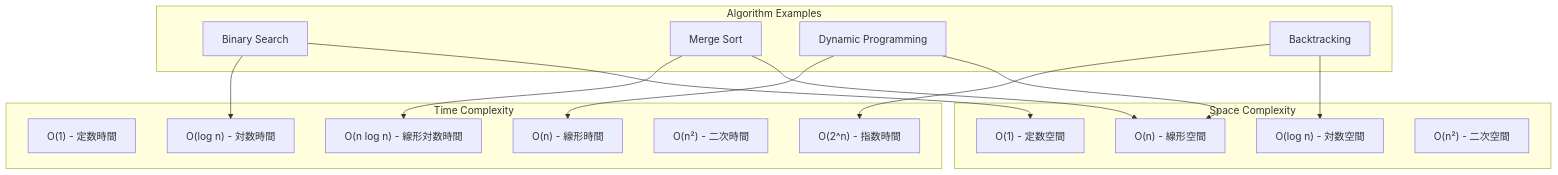
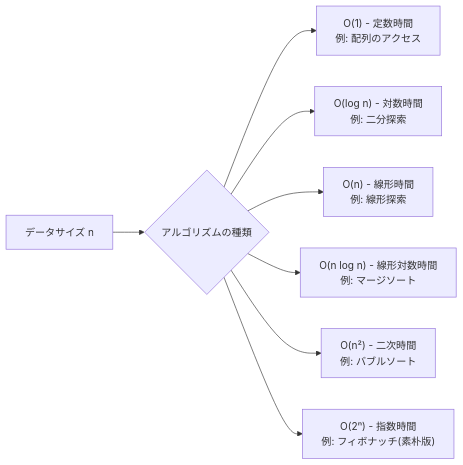
Before and after one commit to myoshi2891/Algorithm-DataStructures-Math-SQL: the seventh of 11 diagrams in README.md, drawn with Mermaid. The commit also changed other lines of this file, not shown here.

````diff
--- a/README.md
+++ b/README.md
@@ -254,32 +212,10 @@
 ```mermaid
-graph TD
-    subgraph "Time Complexity"
-    TC1["O(1) - 定数時間"]
-    TC2["O(log n) - 対数時間"]
-    TC3["O(n) - 線形時間"]
-    TC4["O(n log n) - 線形対数時間"]
-    TC5["O(n²) - 二次時間"]
-    TC6["O(2^n) - 指数時間"]
-    end
-    
-    subgraph "Space Complexity"
-    SC1["O(1) - 定数空間"]
-    SC2["O(log n) - 対数空間"]
-    SC3["O(n) - 線形空間"]
-    SC4["O(n²) - 二次空間"]
-    end
-    
-    subgraph "Algorithm Examples"
-    ALG1["Binary Search"] --> TC2
-    ALG1 --> SC1
-    
-    ALG2["Merge Sort"] --> TC4
-    ALG2 --> SC3
-    
-    ALG3["Dynamic Programming"] --> TC3
-    ALG3 --> SC3
-    
-    ALG4["Backtracking"] --> TC6
-    ALG4 --> SC2
-    end
+graph LR
+    A[データサイズ n] --> B{アルゴリズムの種類}
+    B --> C["O(1) - 定数時間<br/>例: 配列のアクセス"]
+    B --> D["O(log n) - 対数時間<br/>例: 二分探索"]
+    B --> E["O(n) - 線形時間<br/>例: 線形探索"]
+    B --> F["O(n log n) - 線形対数時間<br/>例: マージソート"]
+    B --> G["O(n²) - 二次時間<br/>例: バブルソート"]
+    B --> H["O(2ⁿ) - 指数時間<br/>例: フィボナッチ(素朴版)"]
 ```
````
